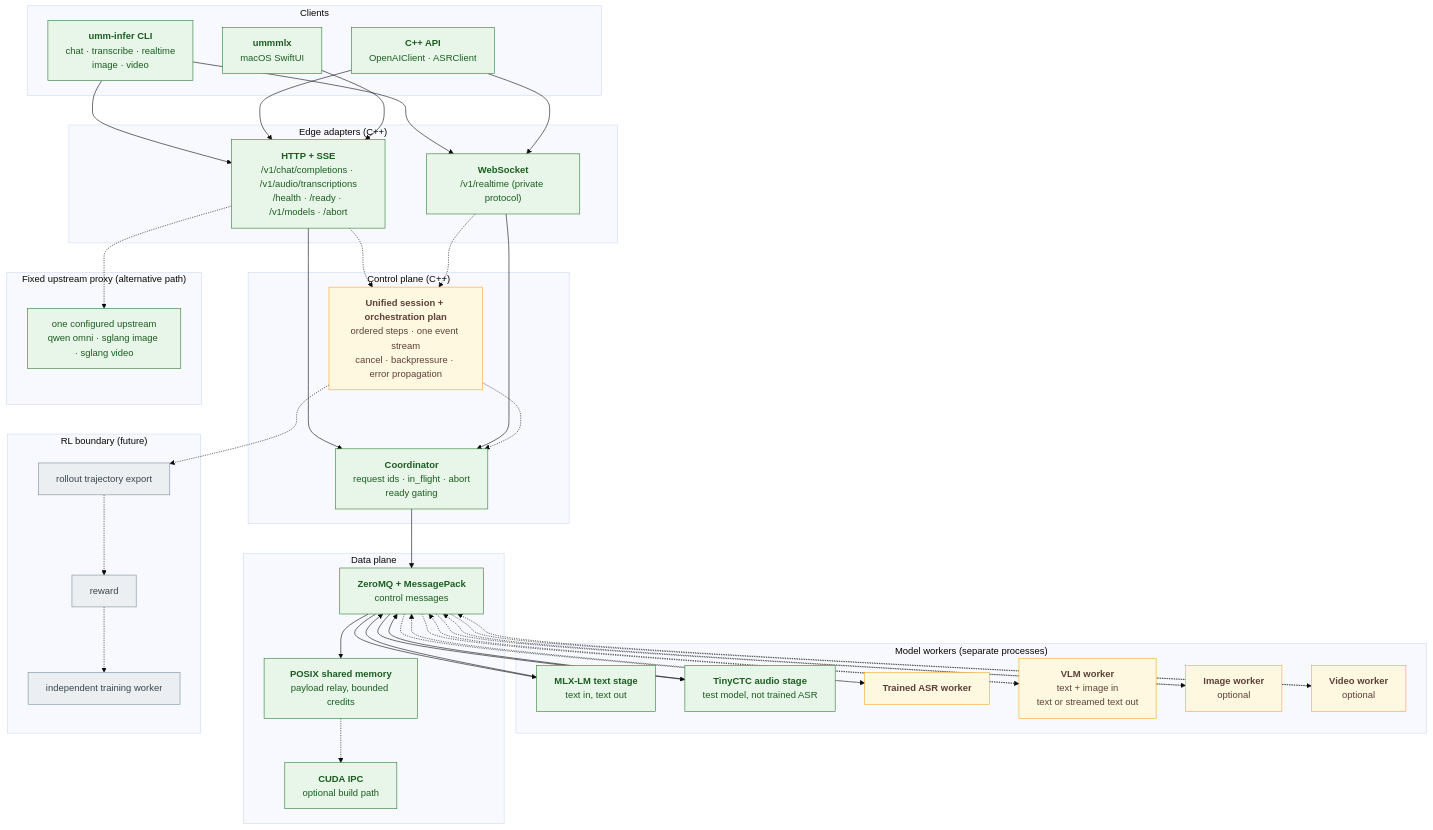
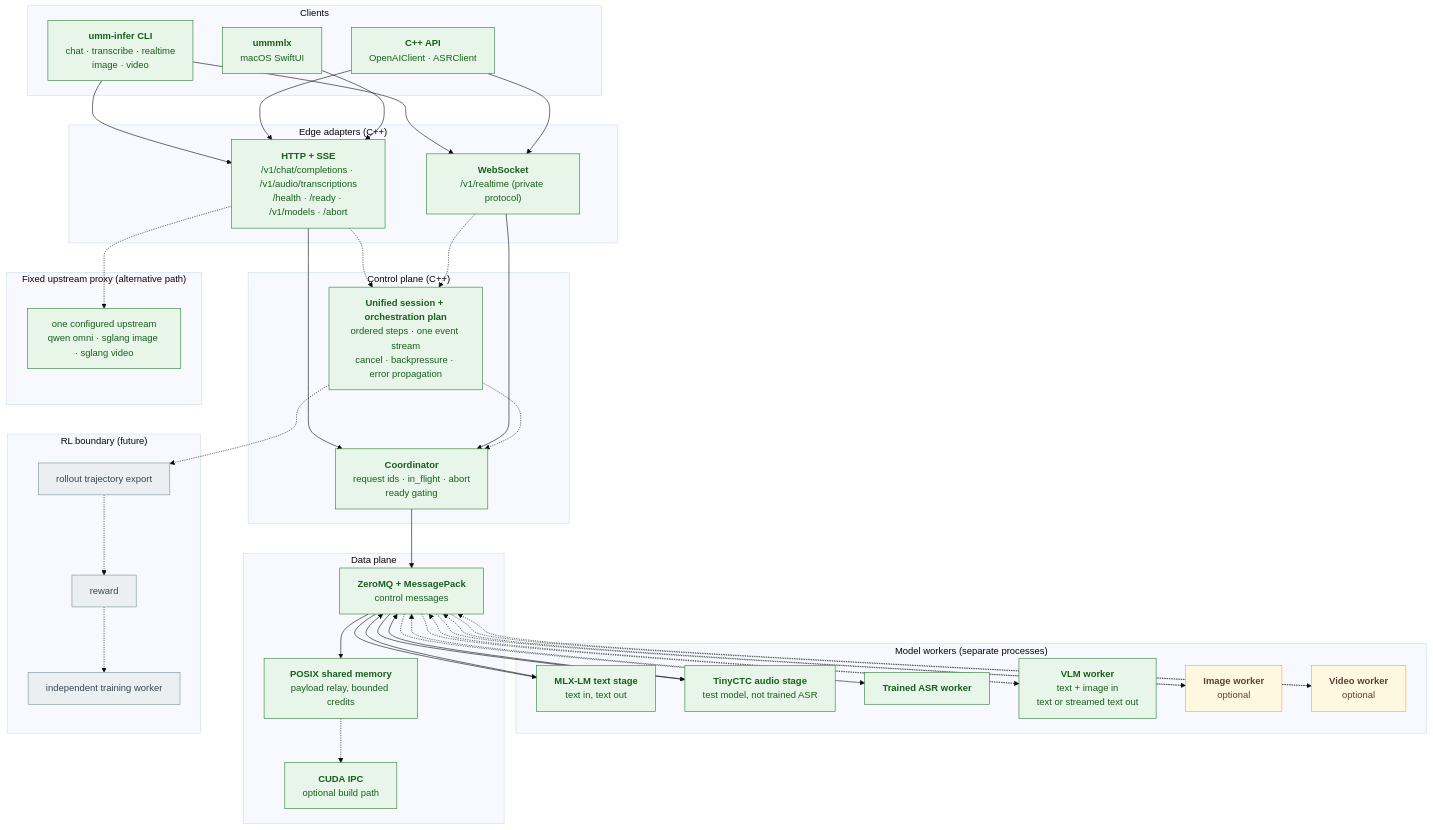
Before and after one commit to acupof-ai/omniInfer: the diagram in README.md, drawn with Mermaid (base theme). The commit also changed other lines of this file and 9 other files, not shown here.

````diff
--- a/README.md
+++ b/README.md
@@ -104,7 +103,7 @@
   classDef plan fill:#fff8e1,stroke:#f9a825,color:#5d4037
   classDef future fill:#eceff1,stroke:#78909c,color:#37474f
 
-  class CLI,CPP,SWIFT,HTTP,WS,COORD,ZMQ,SHM,CUDA,UP,MLXW,TCTCW done
-  class SESSION,ASRW,VLMW,IMGW,VIDW plan
+  class CLI,CPP,SWIFT,HTTP,WS,COORD,ZMQ,SHM,CUDA,UP,MLXW,TCTCW,SESSION,ASRW,VLMW done
+  class IMGW,VIDW plan
   class EXPORT,REWARD,TRAIN future
 ```
````
